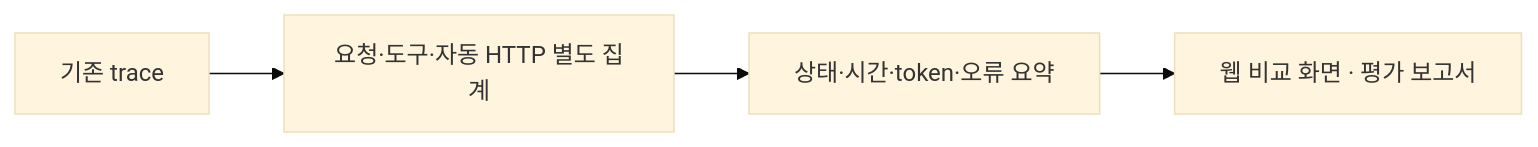
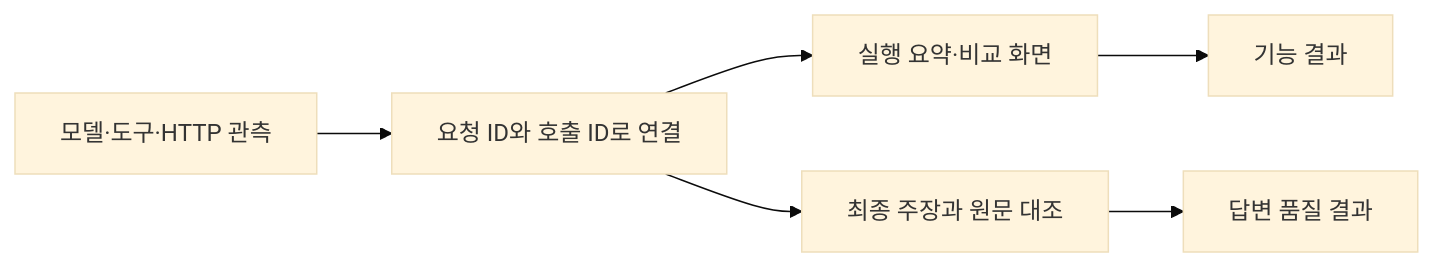
The diagram in docs/portfolio/03-evaluation-observability.md (yuchanahn/travel-agent), drawn with Mermaid (base theme) before and after one commit. The commit also changed other lines of this file and 7 other files, not shown here.

````diff
--- a/docs/portfolio/03-evaluation-observability.md
+++ b/docs/portfolio/03-evaluation-observability.md
@@ -25,6 +19,8 @@
 ```mermaid
 flowchart LR
- A["기존 trace"] --> B["요청·도구·자동 HTTP 별도 집계"]
- B --> C["상태·시간·token·오류 요약"]
- C --> D["웹 비교 화면 · 평가 보고서"]
+ A["모델·도구·HTTP 관측"] --> B["요청 ID와 호출 ID로 연결"]
+ B --> C["실행 요약·비교 화면"]
+ B --> D["최종 주장과 원문 대조"]
+ C --> E["기능 결과"]
+ D --> F["답변 품질 결과"]
 ```
````
